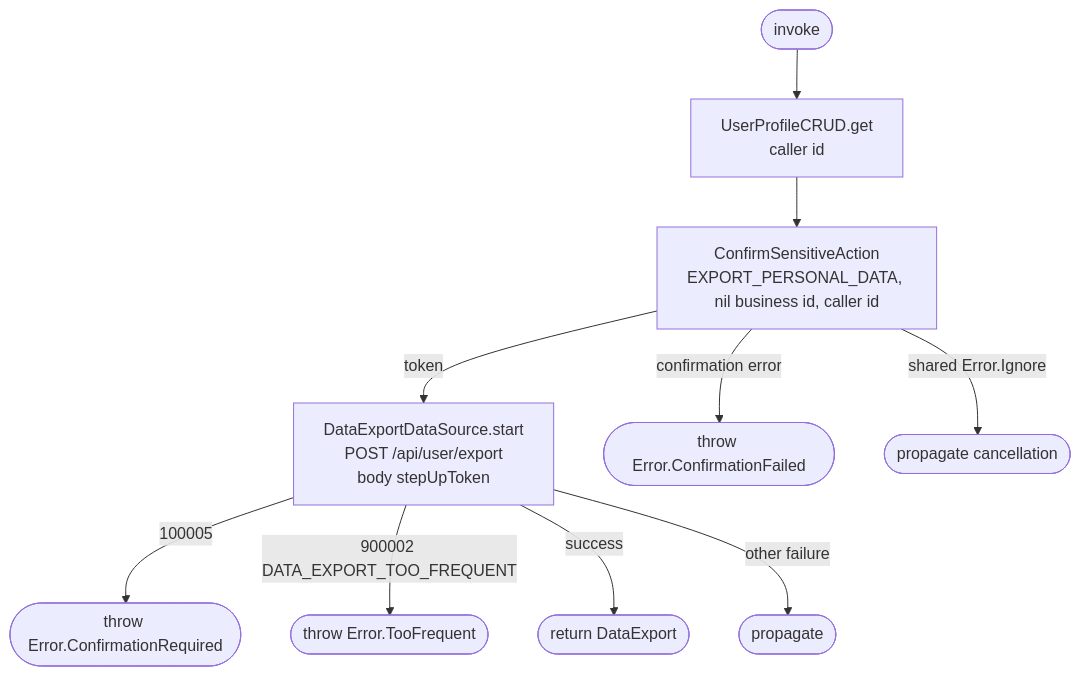
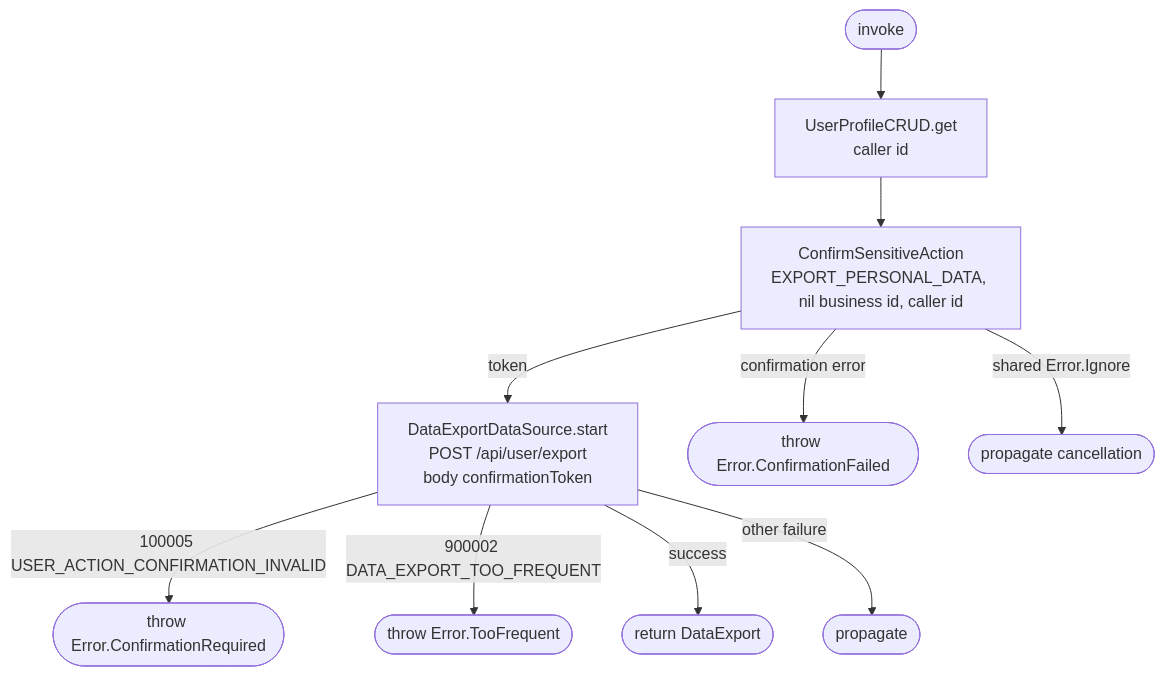
The diagram in docs/operations/settings/start-personal-data-export.md (nocturneproperties/bookkme-client), drawn with Mermaid before and after one commit. The commit also changed 54 other files, not shown here.

Commit message:
[ISSUE-119] rename step up flow to action confirmation

````diff
--- a/docs/operations/settings/start-personal-data-export.md
+++ b/docs/operations/settings/start-personal-data-export.md
@@ -7,12 +7,12 @@
 ```mermaid
 flowchart TD
     Start([invoke]) --> Profile[UserProfileCRUD.get<br/>caller id]
     Profile --> Confirm[ConfirmSensitiveAction<br/>EXPORT_PERSONAL_DATA, nil business id, caller id]
-    Confirm -- token --> Net[DataExportDataSource.start<br/>POST /api/user/export<br/>body stepUpToken]
+    Confirm -- token --> Net[DataExportDataSource.start<br/>POST /api/user/export<br/>body confirmationToken]
     Confirm -- confirmation error --> Failed([throw Error.ConfirmationFailed])
     Confirm -- shared Error.Ignore --> Cancel([propagate cancellation])
-    Net -- 100005 --> Expired([throw Error.ConfirmationRequired])
+    Net -- 100005 USER_ACTION_CONFIRMATION_INVALID --> Expired([throw Error.ConfirmationRequired])
     Net -- 900002 DATA_EXPORT_TOO_FREQUENT --> Limit([throw Error.TooFrequent])
     Net -- success --> R([return DataExport])
     Net -- other failure --> Other([propagate])
 ```
````
